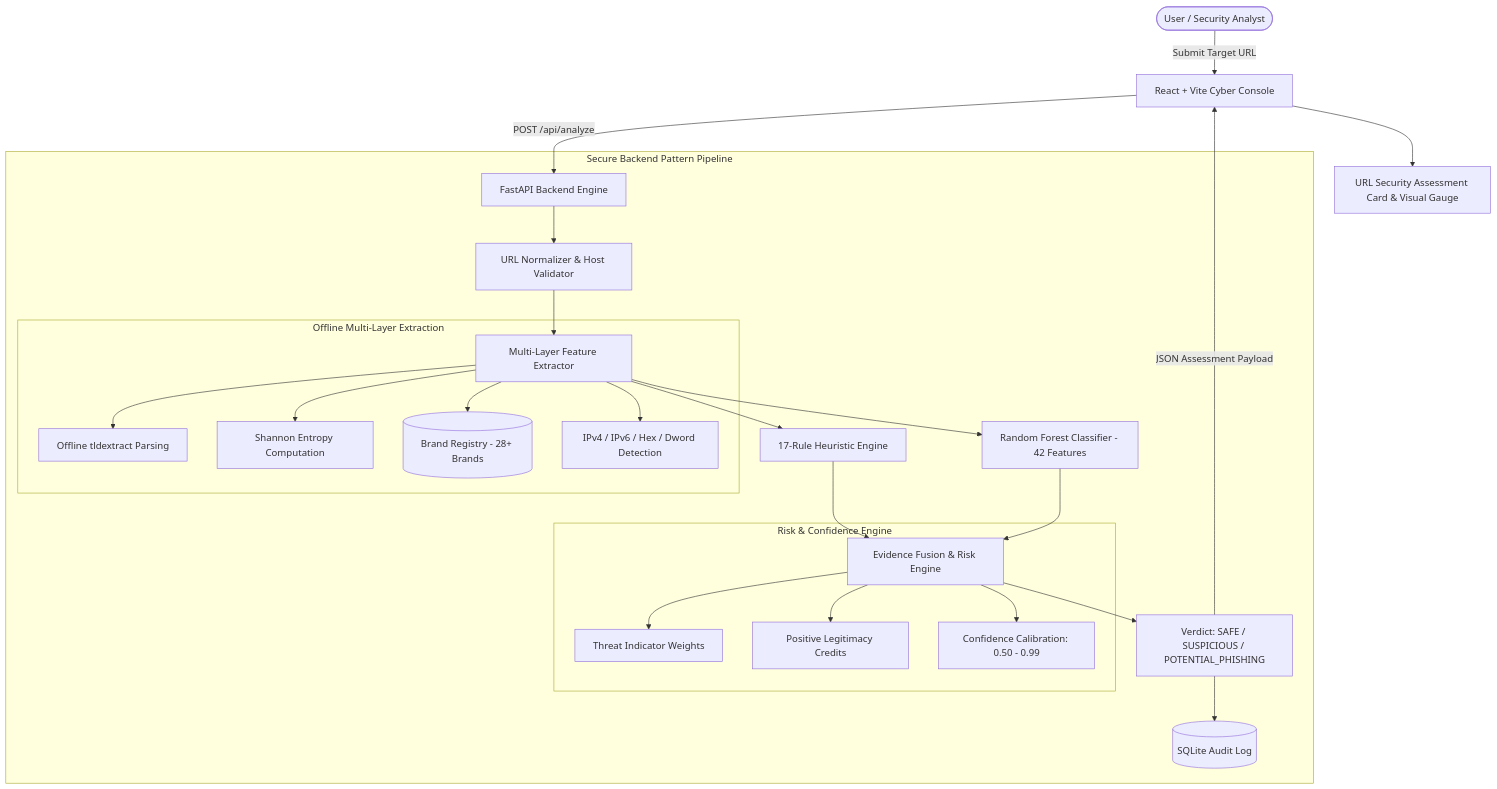
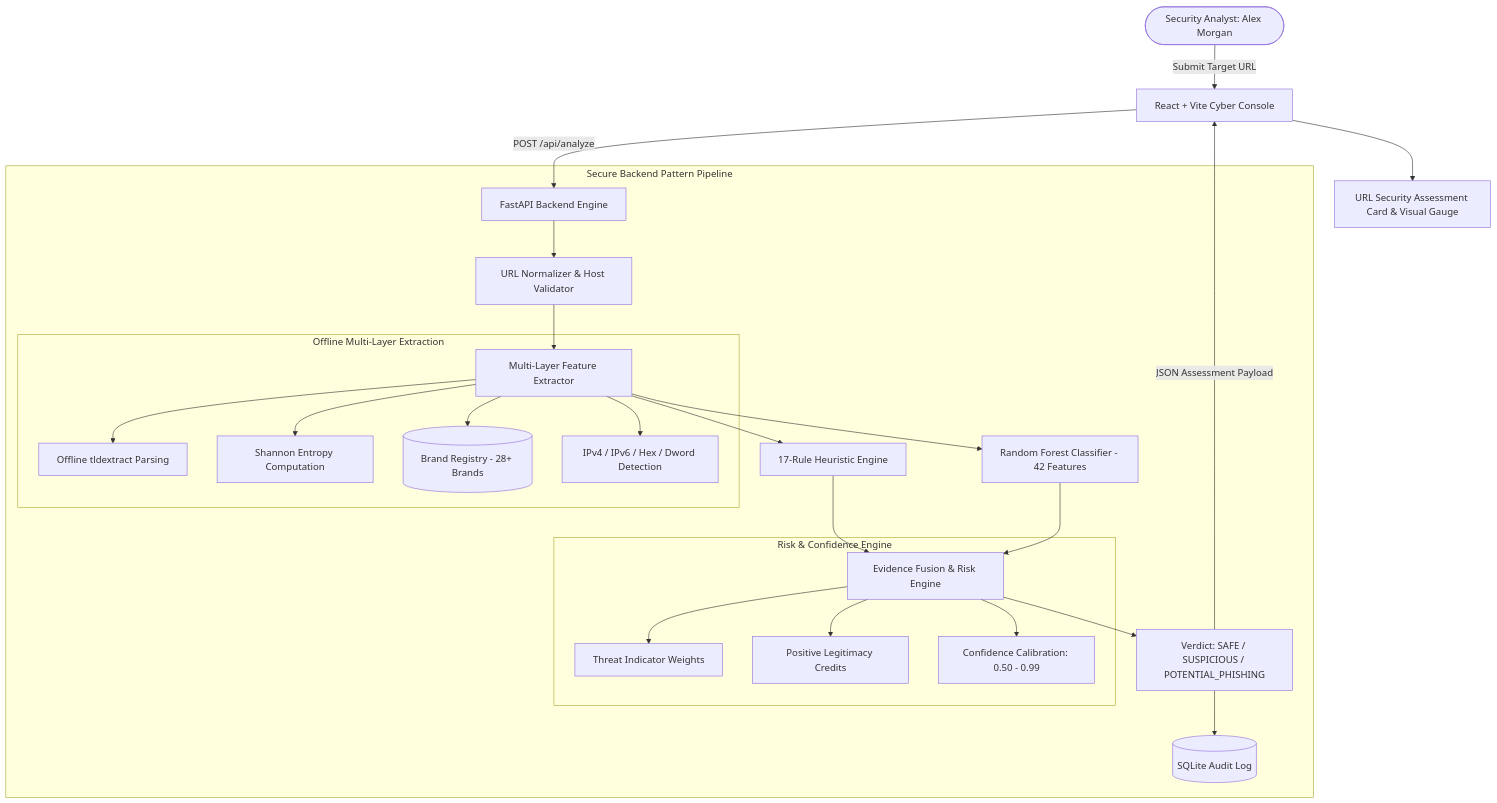
One commit to yashaswini1136/-Phishing-URL-Detection-Website-Safety-Checker changed the diagram in README.md. Above: the diagram before and after it, drawn with Mermaid. The commit also changed other lines of this file and 3 other files, not shown here.

````diff
--- a/README.md
+++ b/README.md
@@ -73,35 +75,35 @@
 ```mermaid
 flowchart TD
-    User([User / Security Analyst]) -->|Submit Target URL| ReactUI[React + Vite Cyber Console]
+    User([Security Analyst: Alex Morgan]) -->|Submit Target URL| ReactUI[React + Vite Cyber Console]
     ReactUI -->|POST /api/analyze| FastAPI[FastAPI Backend Engine]
 
     subgraph Backend Engine [Secure Backend Pattern Pipeline]
         FastAPI --> Normalizer[URL Normalizer & Host Validator]
         Normalizer --> Extractor[Multi-Layer Feature Extractor]
 
         subgraph Feature Extractor [Offline Multi-Layer Extraction]
             Extractor --> TLD[Offline tldextract Parsing]
             Extractor --> Entropy[Shannon Entropy Computation]
             Extractor --> BrandDB[(Brand Registry - 28+ Brands)]
             Extractor --> IPCheck[IPv4 / IPv6 / Hex / Dword Detection]
         end
 
         Extractor --> RuleEngine[17-Rule Heuristic Engine]
         Extractor --> MLClassifier[Random Forest Classifier - 42 Features]
 
         RuleEngine --> EvidenceFusion[Evidence Fusion & Risk Engine]
         MLClassifier --> EvidenceFusion
 
         subgraph Evidence Fusion [Risk & Confidence Engine]
             EvidenceFusion --> ThreatWeights[Threat Indicator Weights]
             EvidenceFusion --> LegitimacyCredits[Positive Legitimacy Credits]
             EvidenceFusion --> Calibration[Confidence Calibration: 0.50 - 0.99]
         end
 
         EvidenceFusion --> Verdict[Verdict: SAFE / SUSPICIOUS / POTENTIAL_PHISHING]
         Verdict --> DB[(SQLite Audit Log)]
     end
 
     Verdict -->|JSON Assessment Payload| ReactUI
     ReactUI --> Assessment[URL Security Assessment Card & Visual Gauge]
 ```
````
